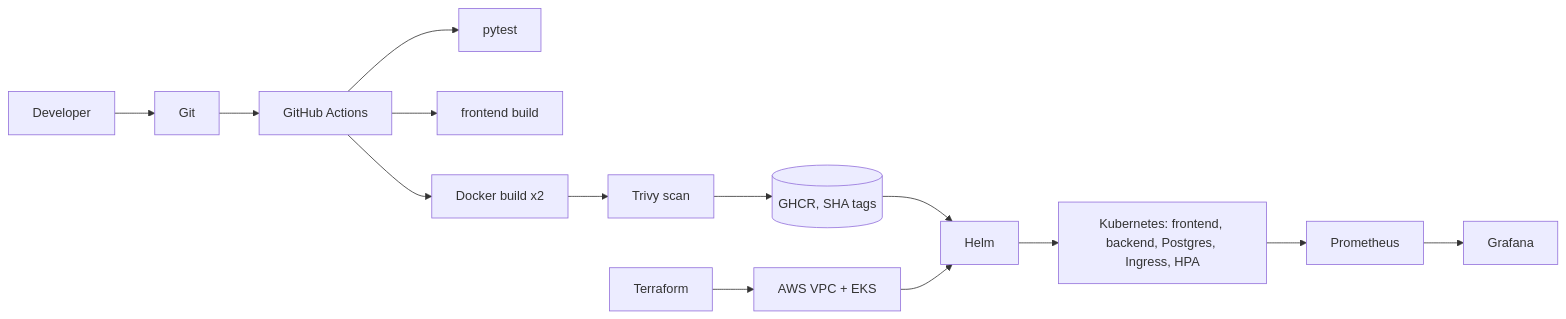
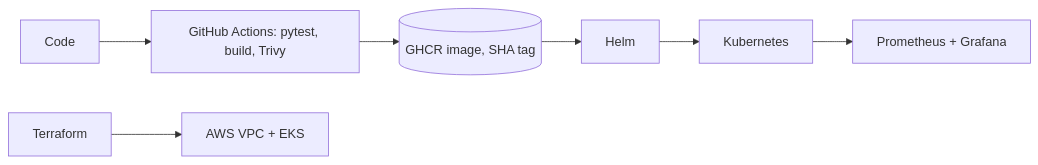
The diagram in README.md (Raghavendra1729-cell/placetrack-devops-capstone), drawn with Mermaid before and after one commit. The commit also changed other lines of this file and 10 other files, not shown here.

````diff
--- a/README.md
+++ b/README.md
@@ -7,15 +7,9 @@
 ```mermaid
 flowchart LR
-    Dev[Developer] --> Git[Git]
-    Git --> CI[GitHub Actions]
-    CI --> T[pytest]
-    CI --> F[frontend build]
-    CI --> D[Docker build x2]
-    D --> S[Trivy scan]
-    S --> R[(GHCR, SHA tags)]
+    Dev[Code] --> CI[GitHub Actions: pytest, build, Trivy]
+    CI --> R[(GHCR image, SHA tag)]
     TF[Terraform] --> AWS[AWS VPC + EKS]
     R --> H[Helm]
-    AWS --> H
-    H --> K[Kubernetes: frontend, backend, Postgres, Ingress, HPA]
-    K --> P[Prometheus] --> G[Grafana]
+    H --> K[Kubernetes]
+    K --> M[Prometheus + Grafana]
 ```
````
